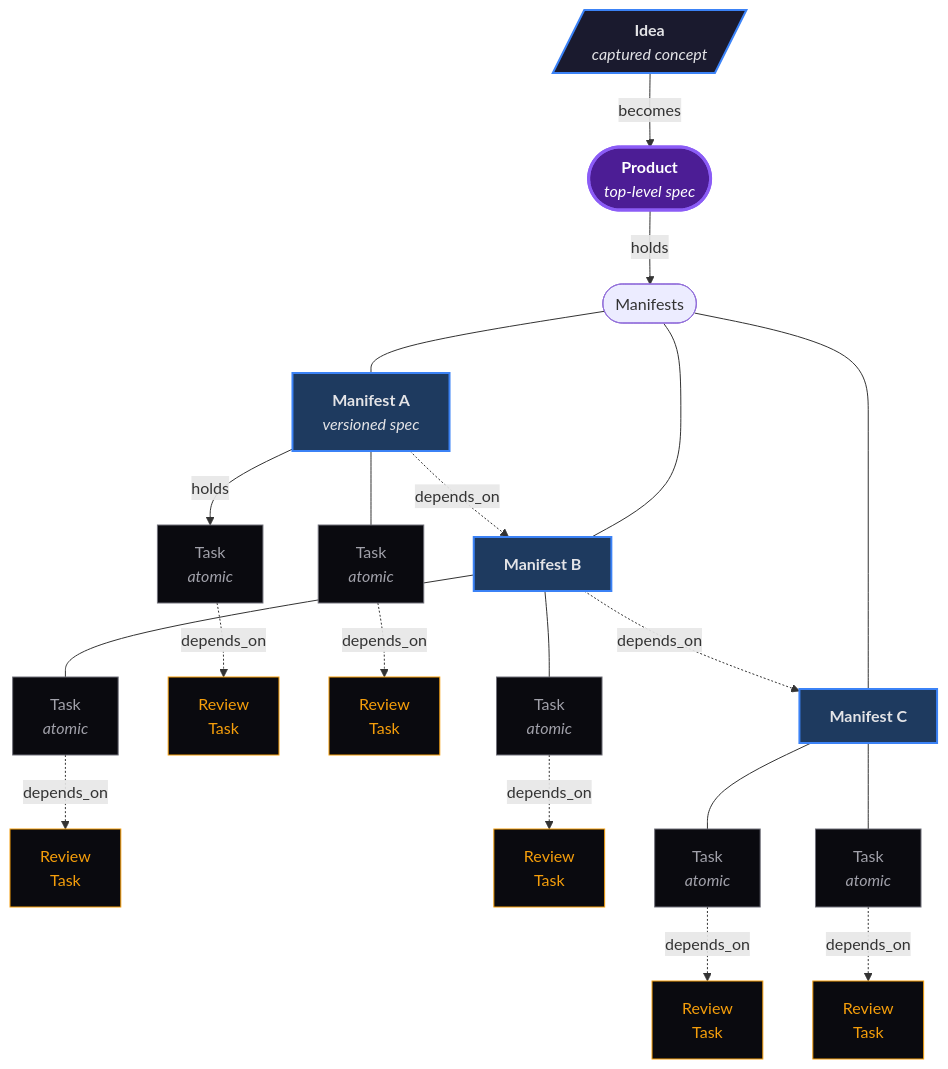
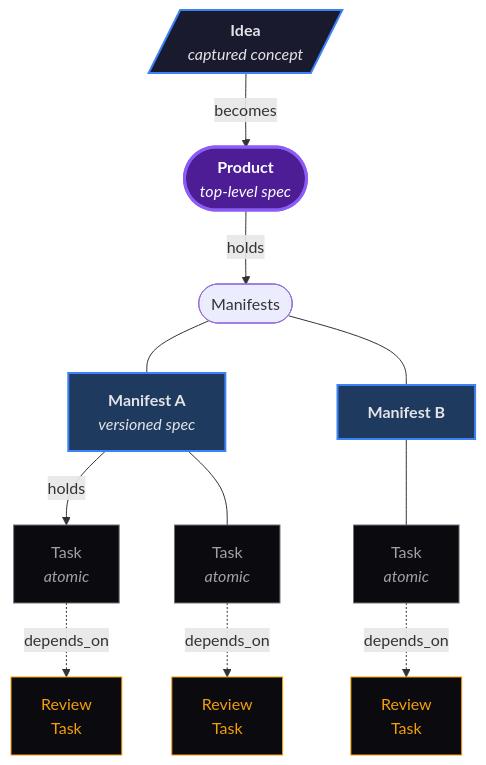
The first of 2 diagrams in README.md (k8nstantin/OpenPraxis), drawn with Mermaid before and after one commit. The commit also changed other lines of this file, not shown here.

First paragraph of the commit message:
docs(readme): Manifests are independent by default — drop manifest→manifest depends_on edges (#173)
* docs(readme): Manifests are independent by default — drop manifest→manifest depends_on edges

````diff
--- a/README.md
+++ b/README.md
@@ -13,33 +13,23 @@
 ```mermaid
 flowchart TB
     Idea[/"<b>Idea</b><br/><i>captured concept</i>"/]:::idea -->|becomes| P
 
     P(["<b>Product</b><br/><i>top-level spec</i>"]):::product -->|holds| MH([Manifests])
 
     MH --- M1["<b>Manifest A</b><br/><i>versioned spec</i>"]:::manifest
     MH --- M2["<b>Manifest B</b>"]:::manifest
-    MH --- M3["<b>Manifest C</b>"]:::manifest
-    M1 -. depends_on .-> M2
-    M2 -. depends_on .-> M3
 
     M1 -->|holds| T1a["Task<br/><i>atomic</i>"]:::task
     M1 --- T1b["Task<br/><i>atomic</i>"]:::task
     T1a -. depends_on .-> R1a[Review<br/>Task]:::review
     T1b -. depends_on .-> R1b[Review<br/>Task]:::review
 
     M2 --- T2a["Task<br/><i>atomic</i>"]:::task
-    M2 --- T2b["Task<br/><i>atomic</i>"]:::task
     T2a -. depends_on .-> R2a[Review<br/>Task]:::review
-    T2b -. depends_on .-> R2b[Review<br/>Task]:::review
-
-    M3 --- T3a["Task<br/><i>atomic</i>"]:::task
-    M3 --- T3b["Task<br/><i>atomic</i>"]:::task
-    T3a -. depends_on .-> R3a[Review<br/>Task]:::review
-    T3b -. depends_on .-> R3b[Review<br/>Task]:::review
 
     classDef idea fill:#1a1a2e,stroke:#3b82f6,stroke-width:2px,color:#e4e4e7
     classDef product fill:#4c1d95,stroke:#8b5cf6,stroke-width:3px,color:#fff
     classDef manifest fill:#1e3a5f,stroke:#3b82f6,stroke-width:2px,color:#e4e4e7
     classDef task fill:#0a0a0f,stroke:#71717a,color:#a1a1aa
     classDef review fill:#0a0a0f,stroke:#f59e0b,color:#f59e0b
 ```
````
